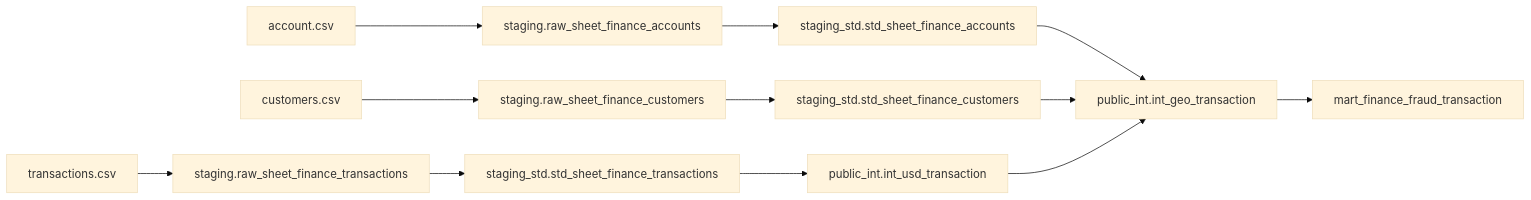
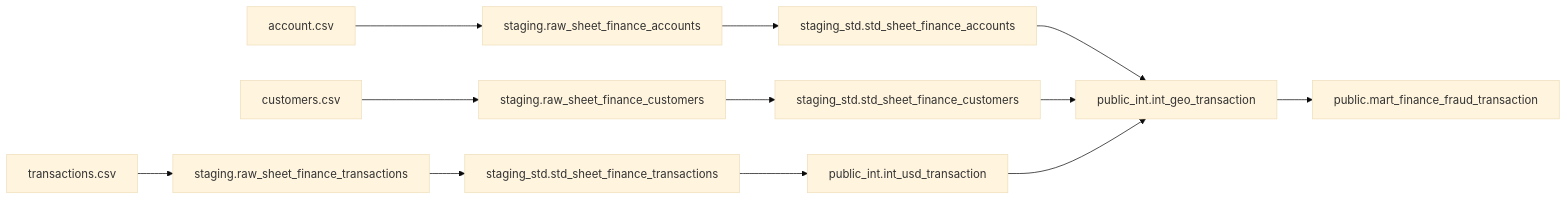
The diagram in README.md (rizuchaa/finance-transaction), drawn with Mermaid (base theme) before and after one commit. The commit also changed other lines of this file, not shown here.

````diff
--- a/README.md
+++ b/README.md
@@ -157,21 +157,21 @@
 ```mermaid
 flowchart LR
     %% RAW
     CSV1[account.csv] --> RAW1[staging.raw_sheet_finance_accounts]
     CSV2[customers.csv] --> RAW2[staging.raw_sheet_finance_customers]
     CSV3[transactions.csv] --> RAW3[staging.raw_sheet_finance_transactions]
 
     %% STD
     RAW1 --> STD1[staging_std.std_sheet_finance_accounts]
     RAW2 --> STD2[staging_std.std_sheet_finance_customers]
     RAW3 --> STD3[staging_std.std_sheet_finance_transactions]
 
     %% INT
     STD3 --> INT_USD[public_int.int_usd_transaction]
     STD1 --> INT_GEO[public_int.int_geo_transaction]
     STD2 --> INT_GEO
     INT_USD --> INT_GEO
 
     %% MART
-    INT_GEO --> MART[mart_finance_fraud_transaction]
+    INT_GEO --> MART[public.mart_finance_fraud_transaction]
 ```
````
